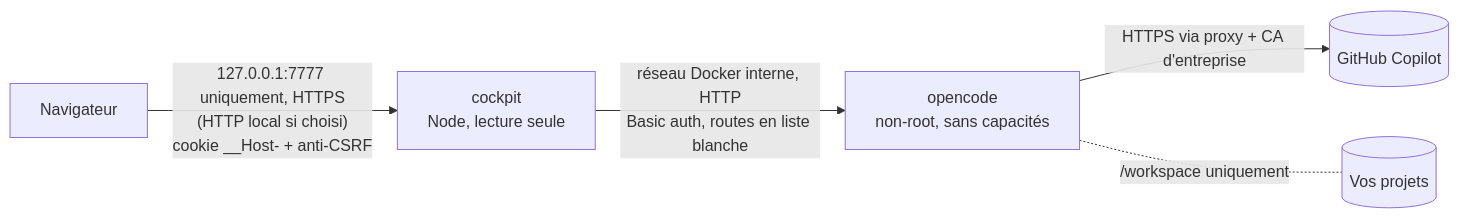
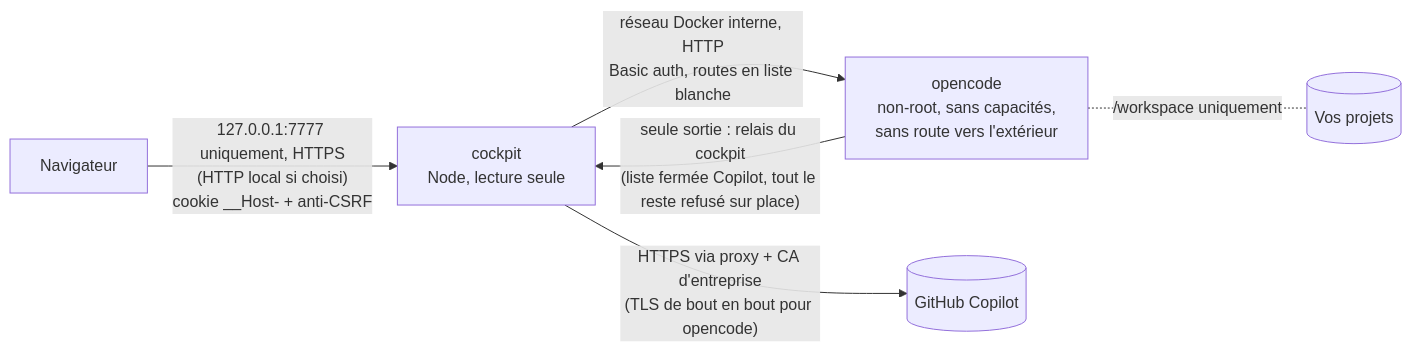
One commit to Calgar50/opencode-cockpit changed the diagram in README.md. Above: the diagram before and after it, drawn with Mermaid. The commit also changed other lines of this file and 2 other files, not shown here.

````diff
--- a/README.md
+++ b/README.md
@@ -394,7 +425,8 @@
 ```mermaid
 flowchart LR
   B[Navigateur] -- "127.0.0.1:7777 uniquement, HTTPS<br/>(HTTP local si choisi)<br/>cookie __Host- + anti-CSRF" --> C[cockpit<br/>Node, lecture seule]
-  C -- "réseau Docker interne, HTTP<br/>Basic auth, routes en liste blanche" --> O[opencode<br/>non-root, sans capacités]
-  O -- "HTTPS via proxy + CA d'entreprise" --> G[(GitHub Copilot)]
+  C -- "réseau Docker interne, HTTP<br/>Basic auth, routes en liste blanche" --> O[opencode<br/>non-root, sans capacités,<br/>sans route vers l'extérieur]
+  O -- "seule sortie : relais du cockpit<br/>(liste fermée Copilot, tout le reste refusé sur place)" --> C
+  C -- "HTTPS via proxy + CA d'entreprise<br/>(TLS de bout en bout pour opencode)" --> G[(GitHub Copilot)]
   O -. "/workspace uniquement" .- W[(Vos projets)]
 ```
````
